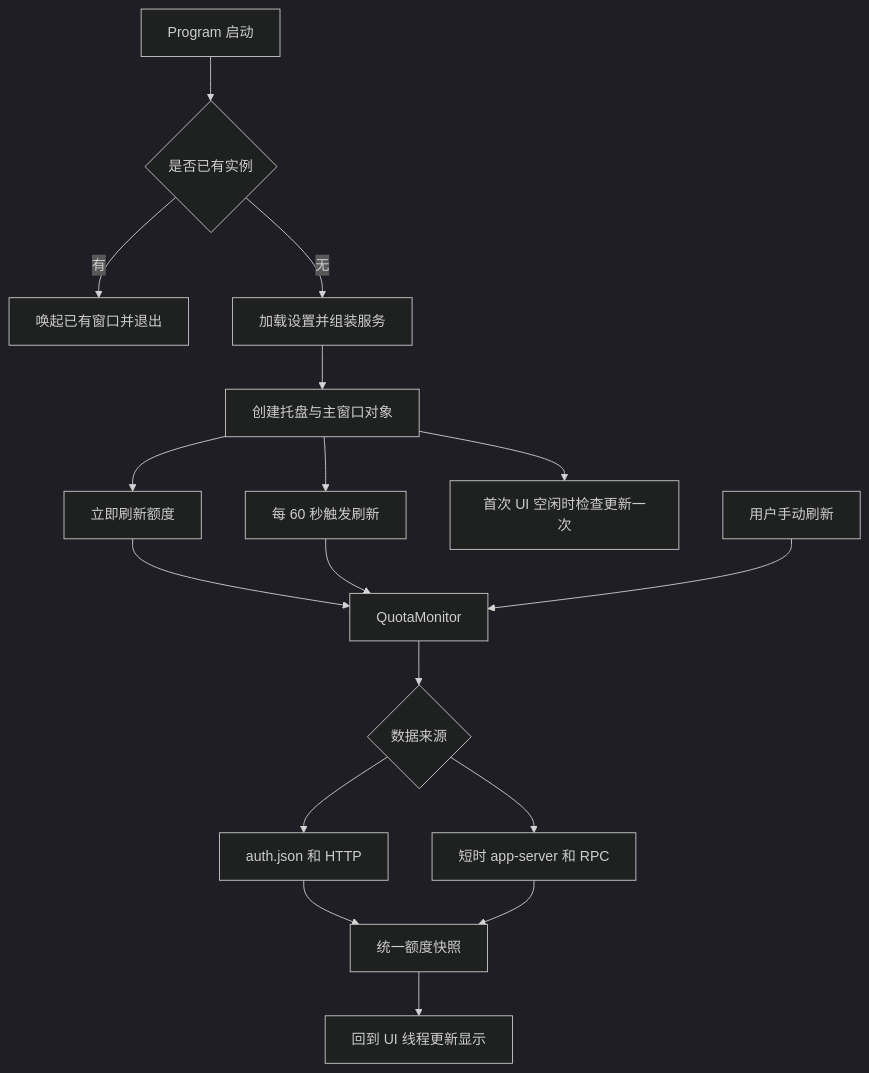
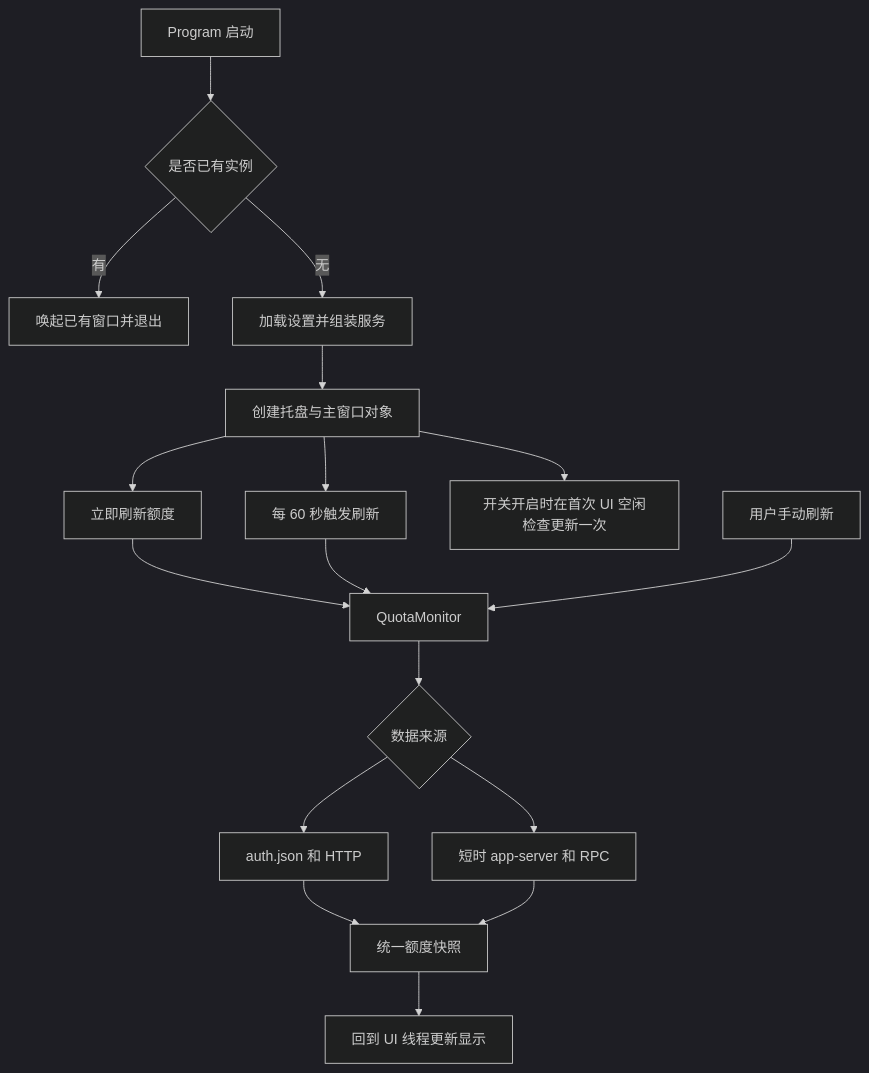
The first of 2 diagrams in docs/architecture-and-tradeoffs.md (chocoQAQ/CodexQuotaTray), drawn with Mermaid (dark theme) before and after one commit. The commit also changed other lines of this file and 7 other files, not shown here.

````diff
--- a/docs/architecture-and-tradeoffs.md
+++ b/docs/architecture-and-tradeoffs.md
@@ -68,19 +68,19 @@
 ```mermaid
 flowchart TD
     A[Program 启动] --> B{是否已有实例}
     B -->|有| C[唤起已有窗口并退出]
     B -->|无| D[加载设置并组装服务]
     D --> E[创建托盘与主窗口对象]
     E --> F[立即刷新额度]
     E --> G[每 60 秒触发刷新]
-    E --> H[首次 UI 空闲时检查更新一次]
+    E --> H[开关开启时在首次 UI 空闲检查更新一次]
     F --> I[QuotaMonitor]
     G --> I
     J[用户手动刷新] --> I
     I --> K{数据来源}
     K --> L[auth.json 和 HTTP]
     K --> M[短时 app-server 和 RPC]
     L --> N[统一额度快照]
     M --> N
     N --> O[回到 UI 线程更新显示]
 ```
````
